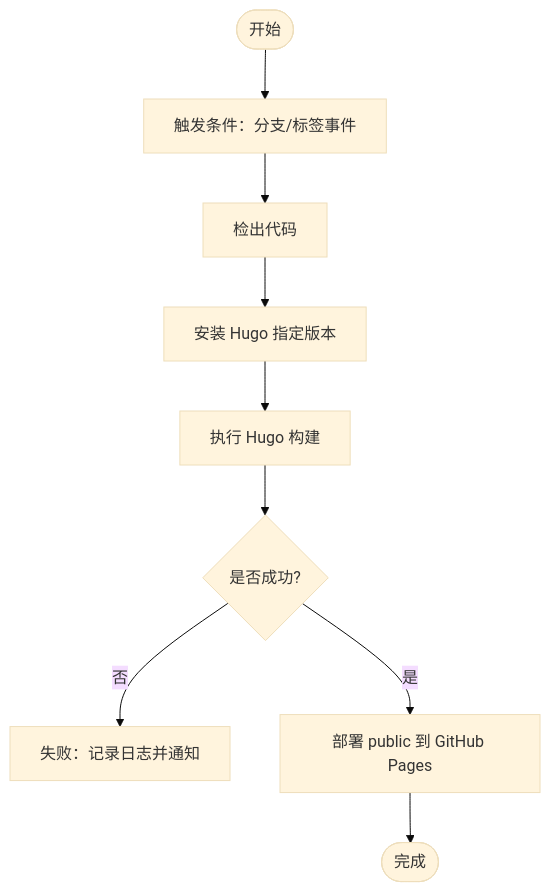
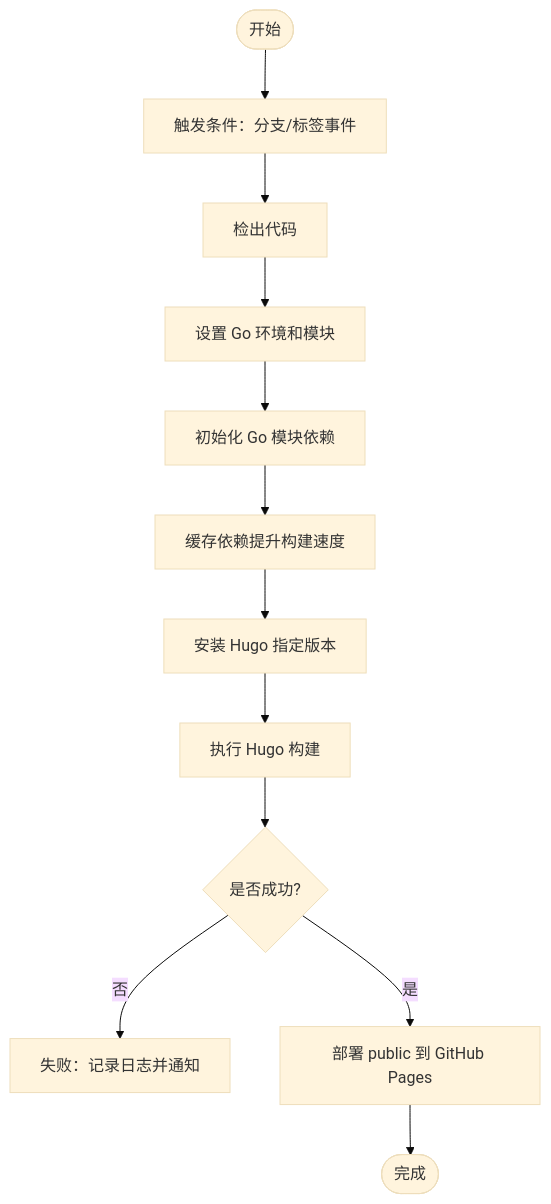
The third of 5 diagrams in .qoder/repowiki/zh/content/部署与维护/部署与维护.md (nianjiang/nianjiang.github.io), drawn with Mermaid (base theme) before and after one commit. The commit also changed other lines of this file and 176 other files, not shown here.

````diff
--- a/.qoder/repowiki/zh/content/部署与维护/部署与维护.md
+++ b/.qoder/repowiki/zh/content/部署与维护/部署与维护.md
@@ -92,11 +107,14 @@
 ```mermaid
 flowchart TD
 Start(["开始"]) --> Trigger["触发条件：分支/标签事件"]
 Trigger --> Checkout["检出代码"]
-Checkout --> SetupHugo["安装 Hugo 指定版本"]
+Checkout --> SetupEnv["设置 Go 环境和模块"]
+SetupEnv --> InitModules["初始化 Go 模块依赖"]
+InitModules --> CacheDeps["缓存依赖提升构建速度"]
+CacheDeps --> SetupHugo["安装 Hugo 指定版本"]
 SetupHugo --> Build["执行 Hugo 构建"]
 Build --> Output{"是否成功?"}
 Output --> |否| Fail["失败：记录日志并通知"]
 Output --> |是| Deploy["部署 public 到 GitHub Pages"]
 Deploy --> End(["完成"])
 ```
````
